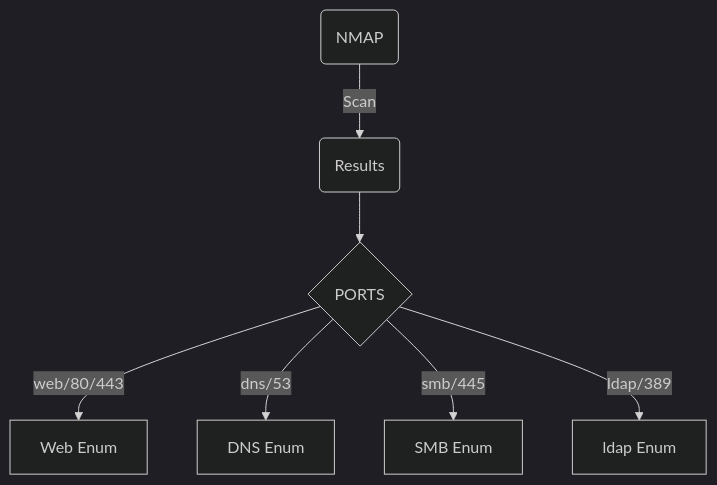
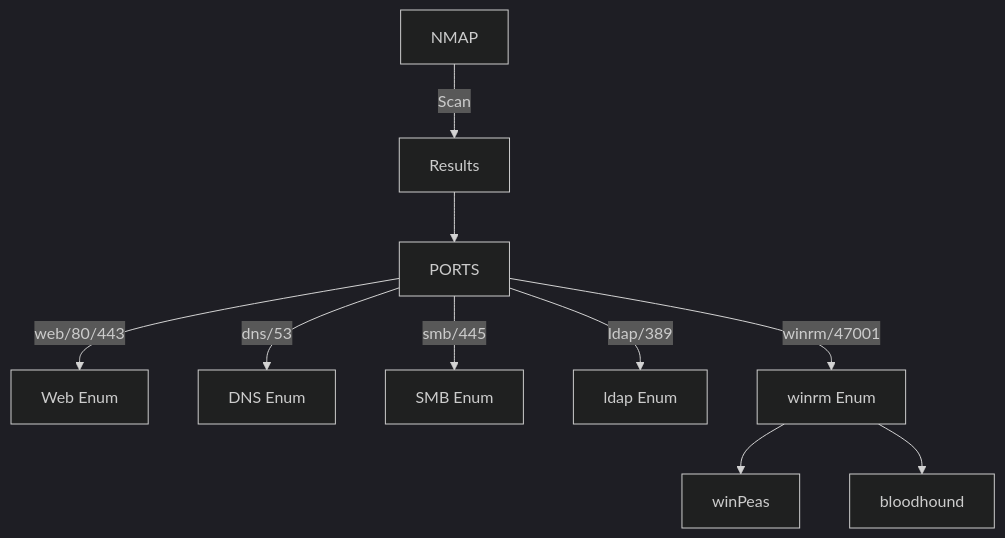
Before and after one commit to nullbr41n/nullbrain: the diagram in CTF/Checklists/windows.md, drawn with Mermaid (dark theme). The commit also changed other lines of this file, not shown here.

Commit message:
update mermaid with links

````diff
--- a/CTF/Checklists/windows.md
+++ b/CTF/Checklists/windows.md
@@ -1,12 +8,26 @@
 ```mermaid
-flowchart TD  
-    A(NMAP) -->|Scan| B(Results)
-    B --> C{PORTS}  
-    C -->|web/80/443| D[Web Enum]  
-    C -->|dns/53| E[DNS Enum]
-    C -->|smb/445| F[SMB Enum]
-    C -->|ldap/389| G[ldap Enum]
+  graph TD;
+  A[NMAP] -->|Scan| B[Results]
+  B --> C[PORTS]
+  C -->|web/80/443| D[Web Enum]  
+  C -->|dns/53| E[DNS Enum]
+  C -->|smb/445| F[SMB Enum]
+  C -->|ldap/389| G[ldap Enum]
+  C -->|winrm/47001| H[winrm Enum]
+  H --> I[winPeas]
+  H --> J[bloodhound]
 
-	click A "https://github.com/nullbr41n/nullbrain/blob/main/active-information-gathering/nmap.md" "NMAP" _blank
+click A "https://github.com/nullbr41n/nullbrain/blob/main/active-information-gathering/nmap.md" "NMAP" _blank
 
+click E "https://github.com/nullbr41n/nullbrain/blob/main/active-information-gathering/dns/README.md" "DNS Enum" _blank
+
+click F "https://github.com/nullbr41n/nullbrain/blob/main/active-information-gathering/enumeration/smb.md" "SMB Enum" _blank
+
+click G "https://github.com/nullbr41n/nullbrain/blob/main/active-information-gathering/ldap.md" "ldap Enum" _blank
+
+click H "https://github.com/nullbr41n/nullbrain/blob/main/active-directory/winrm.md" "WINRM" _blank
+
+click I "https://github.com/nullbr41n/nullbrain/blob/main/active-directory/winrm.md#Winpeas" "winPeas" _blank
+
+click J "https://github.com/nullbr41n/nullbrain/blob/main/active-directory/bloodhound.md" "bloodhound" _blank
 ```
````
